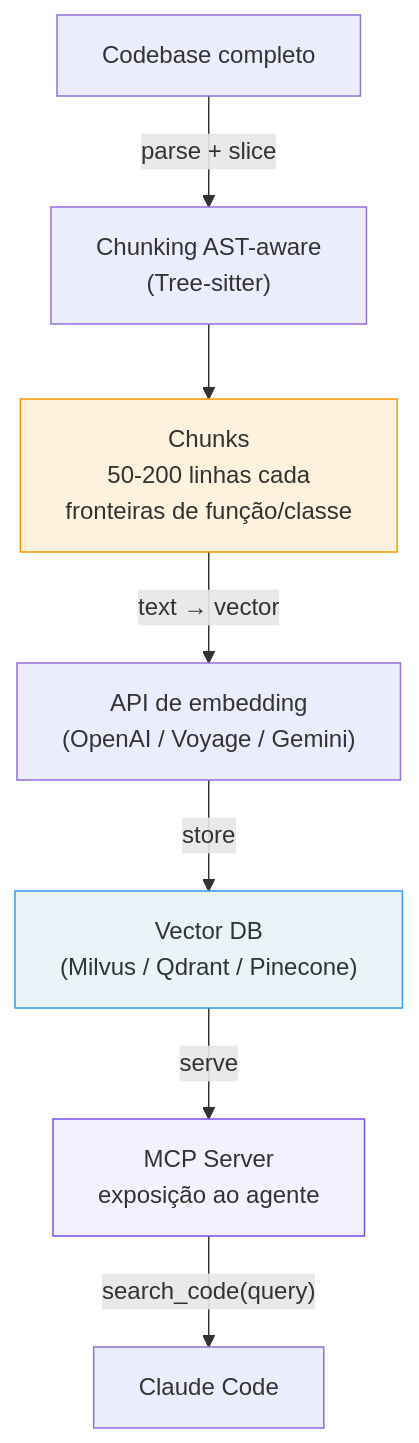
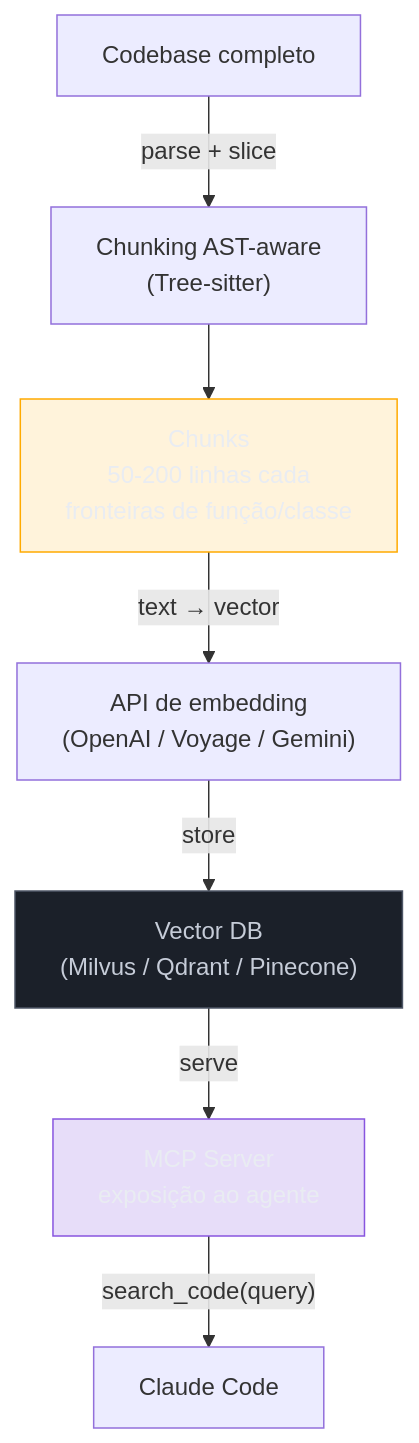
The second of 3 diagrams in 03-Dominios/Tecnologia/IA/Claude Code/Workflows/11 - Estratégias estruturais de contexto/03 - Indexação semântica externa.md (josenaldo/codex-technomanticus), drawn with Mermaid before and after one commit. The commit also changed other lines of this file and 1181 other files, not shown here.

First line of the commit message:
fix(diagramas): paleta do sistema no lugar de cor cravada no markdown

````diff
--- a/03-Dominios/Tecnologia/IA/Claude Code/Workflows/11 - Estratégias estruturais de contexto/03 - Indexação semântica externa.md
+++ b/03-Dominios/Tecnologia/IA/Claude Code/Workflows/11 - Estratégias estruturais de contexto/03 - Indexação semântica externa.md
@@ -92,21 +94,24 @@
 ```mermaid
 flowchart TD
+    classDef destaque fill:#FFAA0024,stroke:#FFAA00,color:#E9ECF2
+    classDef neutro fill:#1B2029,stroke:#4E5666,color:#C6CCD8
+    classDef marca fill:#8855DF33,stroke:#8855DF,color:#E9ECF2
     codebase["Codebase completo"]
     treesitter["Chunking AST-aware\n(Tree-sitter)"]
     chunks["Chunks\n50-200 linhas cada\nfronteiras de função/classe"]
     embedding["API de embedding\n(OpenAI / Voyage / Gemini)"]
     vectordb["Vector DB\n(Milvus / Qdrant / Pinecone)"]
     mcp["MCP Server\nexposição ao agente"]
     agente["Claude Code"]
 
     codebase -->|"parse + slice"| treesitter
     treesitter --> chunks
     chunks -->|"text → vector"| embedding
     embedding -->|"store"| vectordb
     vectordb -->|"serve"| mcp
     mcp -->|"search_code(query)"| agente
 
-    style chunks fill:#fff3e0,stroke:#ff9800
-    style vectordb fill:#e8f4f8,stroke:#339af0
-    style mcp fill:#f3f0ff,stroke:#7950f2
+    class chunks destaque
+    class vectordb neutro
+    class mcp marca
 ```
````
